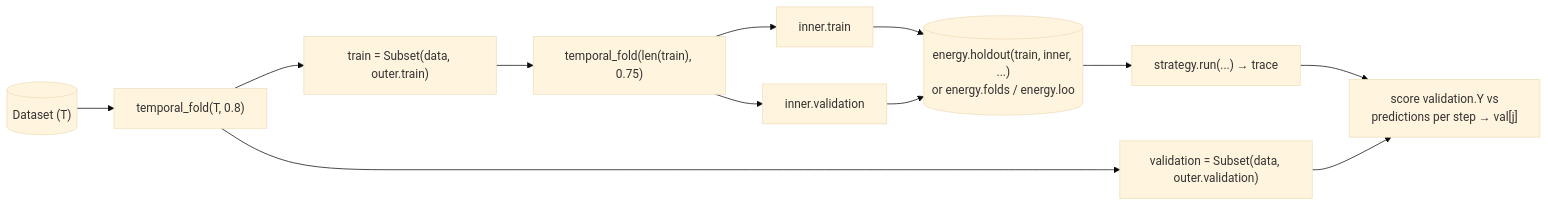
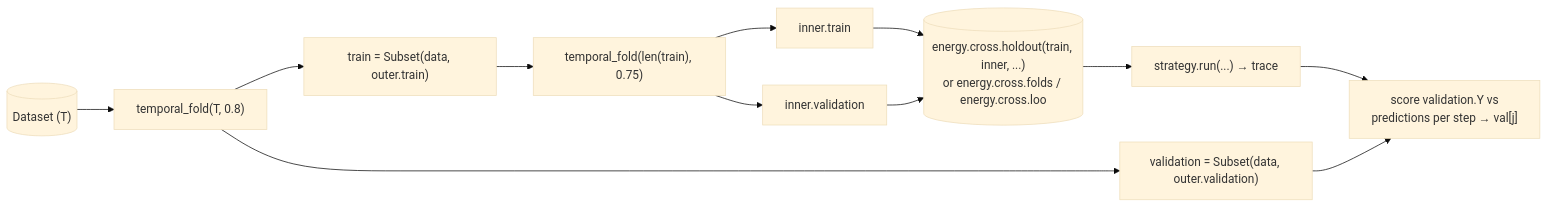
One commit to FujishigeTemma/edmkit-search changed the diagram in website/src/content/docs/concepts/validation.md. Above: the diagram before and after it, drawn with Mermaid (base theme). The commit also changed other lines of this file and 20 other files, not shown here.

````diff
--- a/website/src/content/docs/concepts/validation.md
+++ b/website/src/content/docs/concepts/validation.md
@@ -15,24 +15,24 @@
 ```mermaid
 flowchart LR
     D[("Dataset (T)")]
     O["temporal_fold(T, 0.8)"]
     Tr["train = Subset(data, outer.train)"]
     Va["validation = Subset(data, outer.validation)"]
     I["temporal_fold(len(train), 0.75)"]
     Ti["inner.train"]
     Vi["inner.validation"]
-    En[("energy.holdout(train, inner, ...)<br/>or energy.folds / energy.loo")]
+    En[("energy.cross.holdout(train, inner, ...)<br/>or energy.cross.folds / energy.cross.loo")]
     Ru["strategy.run(...) → trace"]
     Sc["score validation.Y vs<br/>predictions per step → val[j]"]
     D --> O
     O --> Tr
     O --> Va
     Tr --> I
     I --> Ti
     I --> Vi
     Ti --> En
     Vi --> En
     En --> Ru
     Ru --> Sc
     Va --> Sc
 ```
````
